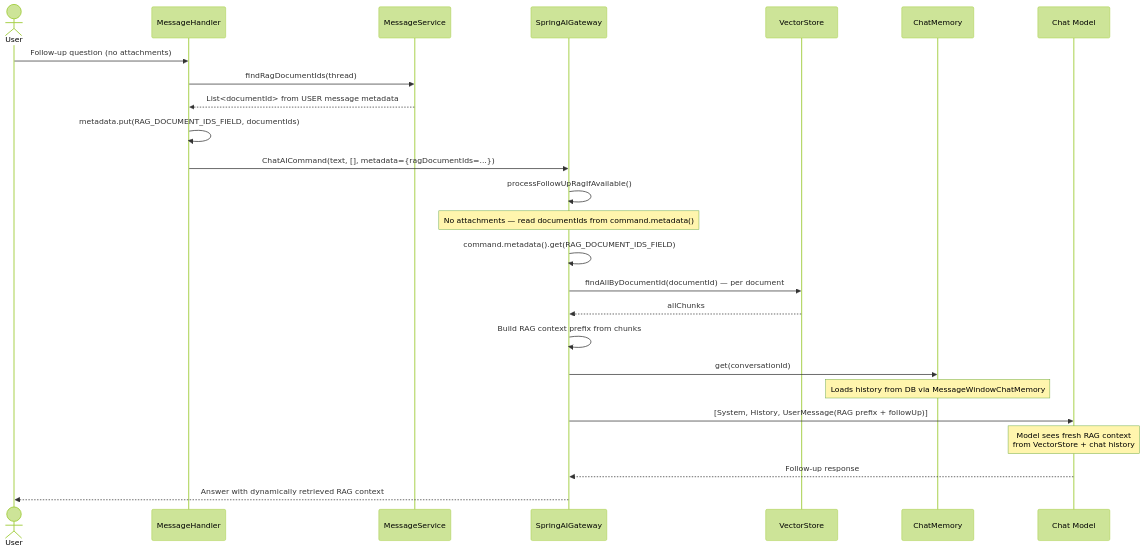
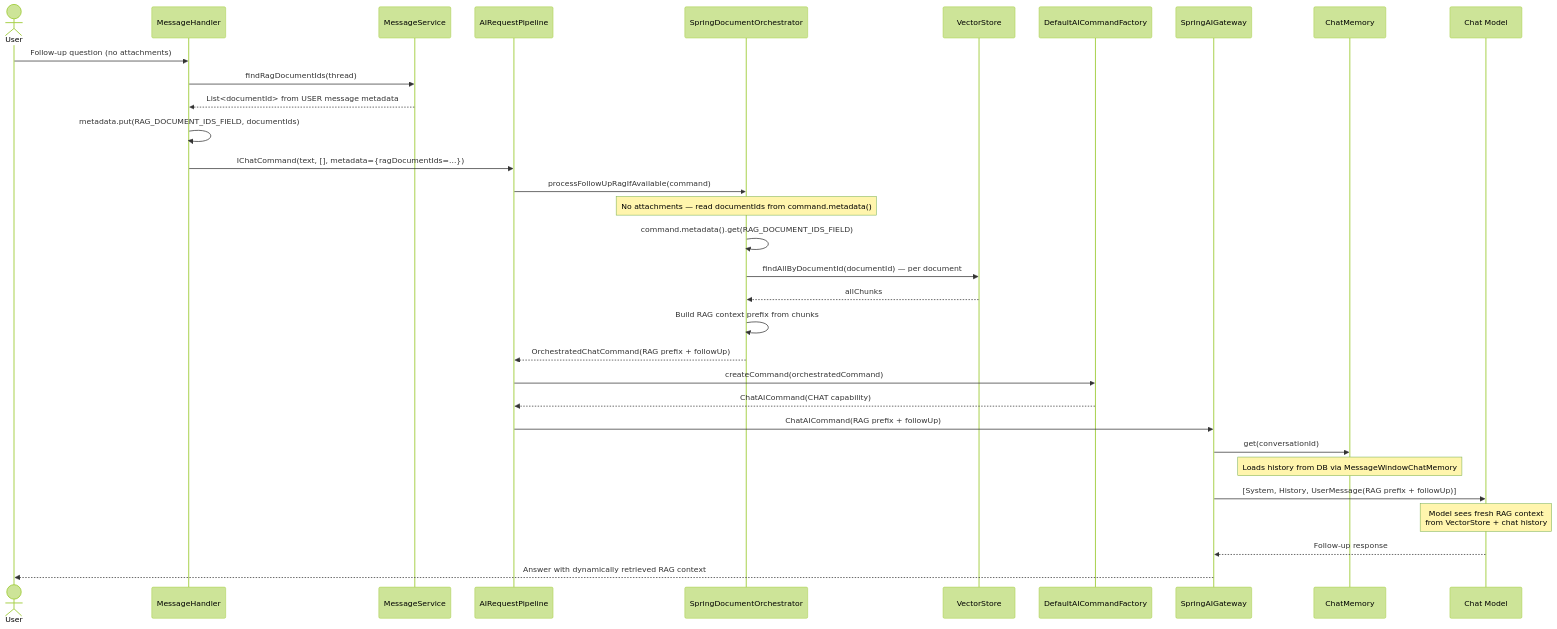
The second of 2 diagrams in docs/usecases/doc-xls-tika-rag.md (NGirchev/open-daimon), drawn with Mermaid (forest theme) before and after one commit. The commit also changed other lines of this file and 13 other files, not shown here.

````diff
--- a/docs/usecases/doc-xls-tika-rag.md
+++ b/docs/usecases/doc-xls-tika-rag.md
@@ -93,36 +110,45 @@
 ```mermaid
 sequenceDiagram
     actor User
     participant Handler as MessageHandler
     participant MS as MessageService
+    participant PL as AIRequestPipeline
+    participant OR as SpringDocumentOrchestrator
+    participant VS as VectorStore
+    participant CF as DefaultAICommandFactory
     participant GW as SpringAIGateway
-    participant VS as VectorStore
     participant Mem as ChatMemory
     participant LLM as Chat Model
 
     User->>Handler: Follow-up question (no attachments)
 
     Handler->>MS: findRagDocumentIds(thread)
     MS-->>Handler: List<documentId> from USER message metadata
 
     Handler->>Handler: metadata.put(RAG_DOCUMENT_IDS_FIELD, documentIds)
-    Handler->>GW: ChatAICommand(text, [], metadata={ragDocumentIds=...})
+    Handler->>PL: IChatCommand(text, [], metadata={ragDocumentIds=...})
 
-    GW->>GW: processFollowUpRagIfAvailable()
-    Note over GW: No attachments — read documentIds from command.metadata()
+    PL->>OR: processFollowUpRagIfAvailable(command)
+    Note over OR: No attachments — read documentIds from command.metadata()
 
-    GW->>GW: command.metadata().get(RAG_DOCUMENT_IDS_FIELD)
-    GW->>VS: findAllByDocumentId(documentId) — per document
-    VS-->>GW: allChunks
+    OR->>OR: command.metadata().get(RAG_DOCUMENT_IDS_FIELD)
+    OR->>VS: findAllByDocumentId(documentId) — per document
+    VS-->>OR: allChunks
 
-    GW->>GW: Build RAG context prefix from chunks
+    OR->>OR: Build RAG context prefix from chunks
+    OR-->>PL: OrchestratedChatCommand(RAG prefix + followUp)
+
+    PL->>CF: createCommand(orchestratedCommand)
+    CF-->>PL: ChatAICommand(CHAT capability)
+
+    PL->>GW: ChatAICommand(RAG prefix + followUp)
 
     GW->>Mem: get(conversationId)
     Note over Mem: Loads history from DB via MessageWindowChatMemory
 
     GW->>LLM: [System, History, UserMessage(RAG prefix + followUp)]
     Note over LLM: Model sees fresh RAG context<br/>from VectorStore + chat history
 
     LLM-->>GW: Follow-up response
     GW-->>User: Answer with dynamically retrieved RAG context
 ```
````
